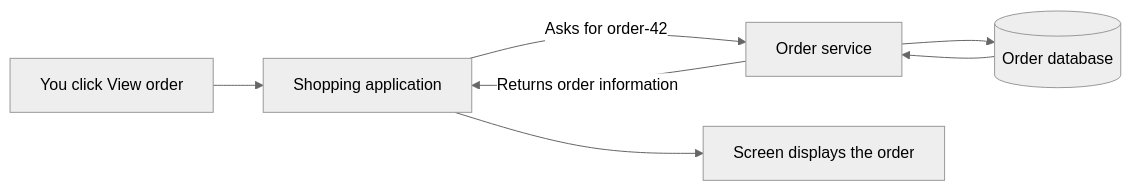
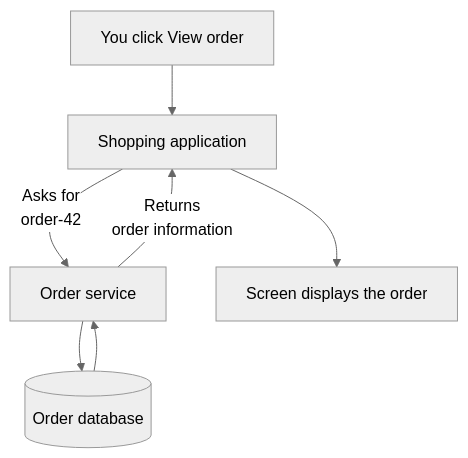
The first of 10 diagrams in rest-apis/training-guide.md (alikhawaja/training-plans), drawn with Mermaid (neutral theme) before and after one commit. The commit also changed other lines of this file and 1 other file, not shown here.

Commit message:
Improve REST workshop diagram readability

````diff
--- a/rest-apis/training-guide.md
+++ b/rest-apis/training-guide.md
@@ -42,9 +42,9 @@
 ```mermaid
-flowchart LR
+flowchart TB
     U["You click View order"] --> C["Shopping application"]
-    C -->|"Asks for order-42"| S["Order service"]
+    C -->|"Asks for<br/>order-42"| S["Order service"]
     S --> D[("Order database")]
     D --> S
-    S -->|"Returns order information"| C
+    S -->|"Returns<br/>order information"| C
     C --> V["Screen displays the order"]
 ```
````
